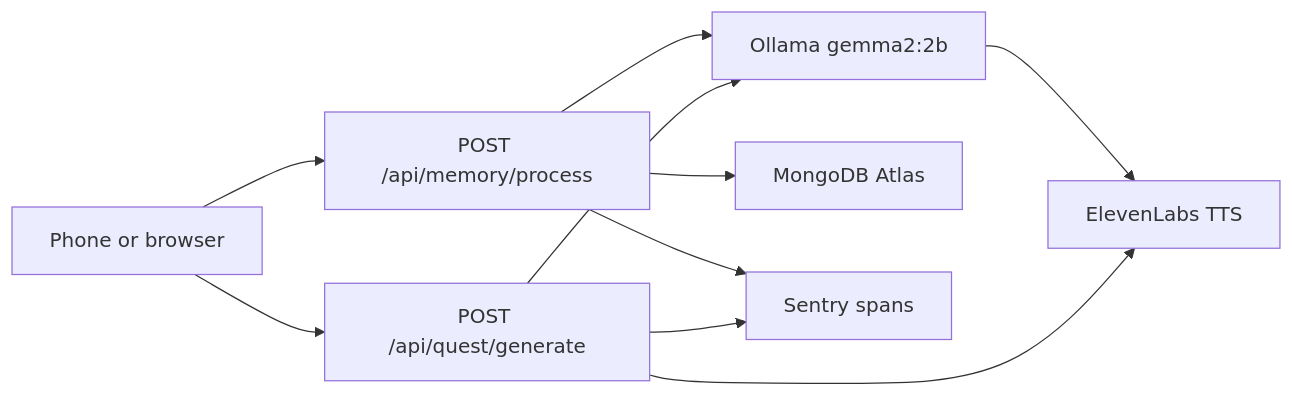
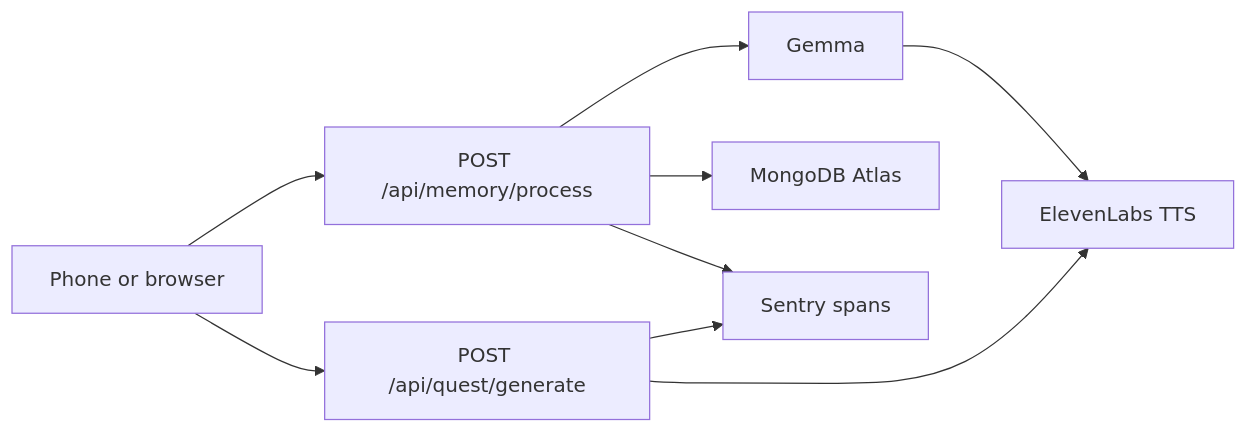
Before and after one commit to priyanshuspatel/LittleTimeMachine: the diagram in README.md, drawn with Mermaid. The commit also changed other lines of this file and 15 other files, not shown here.

Commit message:
Add the memory library and quest flow for Little Time Machine

````diff
--- a/README.md
+++ b/README.md
@@ -9,12 +9,11 @@
 ```mermaid
 flowchart LR
   Client["Phone or browser"] --> Quest["POST /api/quest/generate"]
   Client --> Memory["POST /api/memory/process"]
-  Quest --> Gemma["Ollama gemma2:2b"]
   Quest --> Voice["ElevenLabs TTS"]
   Memory --> Gemma
   Gemma --> Voice
   Memory --> Atlas["MongoDB Atlas"]
   Quest --> Sentry["Sentry spans"]
   Memory --> Sentry
 ```
````
